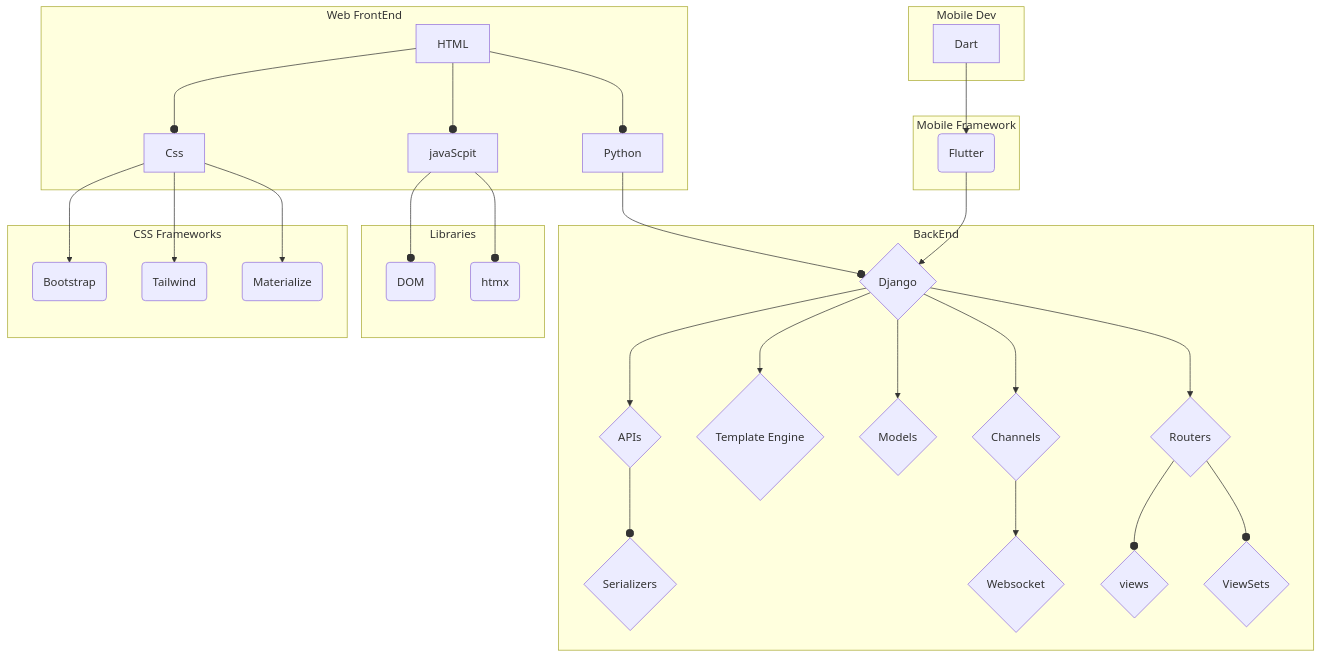
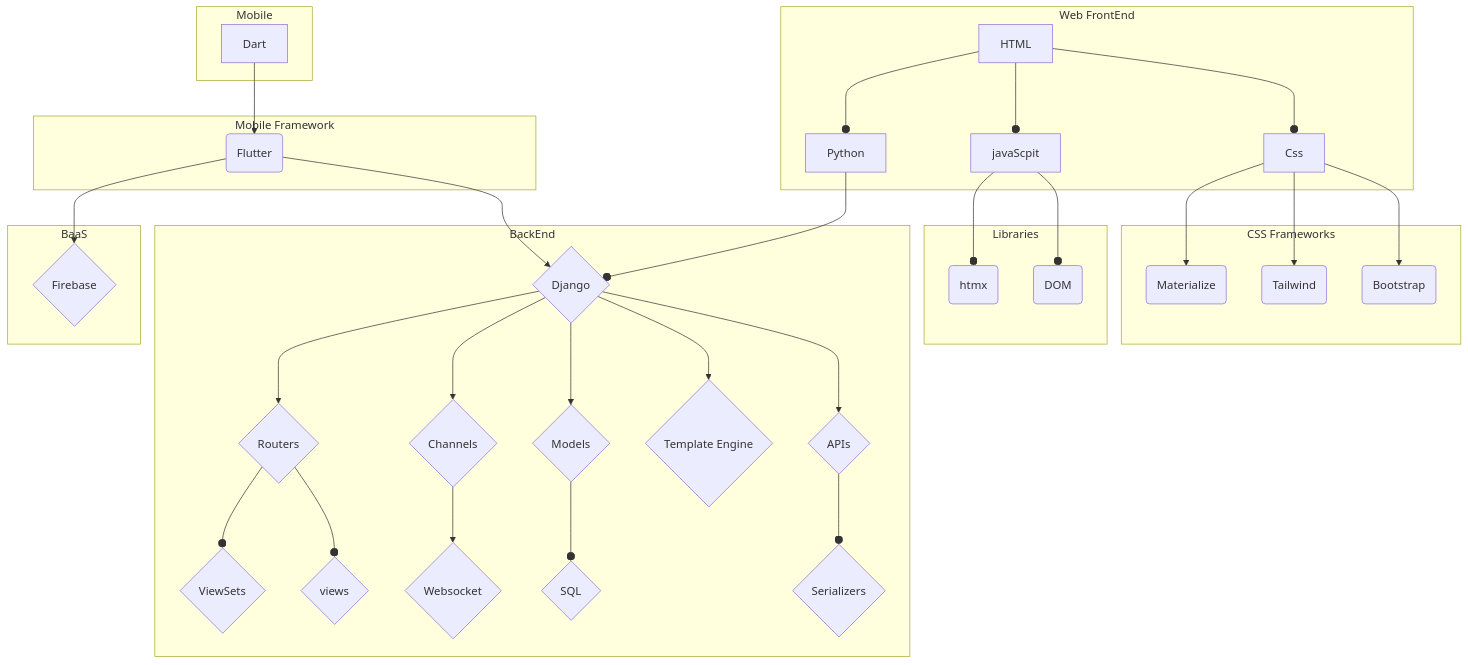
Before and after one commit to ByteRaider/ByteRaider: the diagram in README.md, drawn with Mermaid. The commit also changed other lines of this file, not shown here.

````diff
--- a/README.md
+++ b/README.md
@@ -73,6 +74,9 @@
 b8{Template Engine}
 b9{Websocket}
 b10{Models}
+b11{SQL}
+
+bs1{Firebase}
  
 subgraph  BackEnd
 b1
@@ -85,7 +89,9 @@
 b8
 b9
 b10
+b11
  end  
+
 subgraph Libraries
 fw1
 fw2
@@ -108,9 +114,13 @@
  f4
  end
  
-subgraph Mobile Dev
+subgraph Mobile
  f5
   end
+subgraph BaaS
+bs1
+end 
+
 
  f1 --o f2
  f1 --o f3
@@ -123,6 +133,7 @@
  f3 --o fw2
  f4 --o b1
  f5 --> fw6
+ fw6 --> bs1
  b1 --> b2
  b1 --> b8
  b1 --> b10
@@ -132,4 +143,5 @@
  b1 --> b5
  b5 --o b6
  b5 --o b7
+ b10 --o b11
  ```
````
